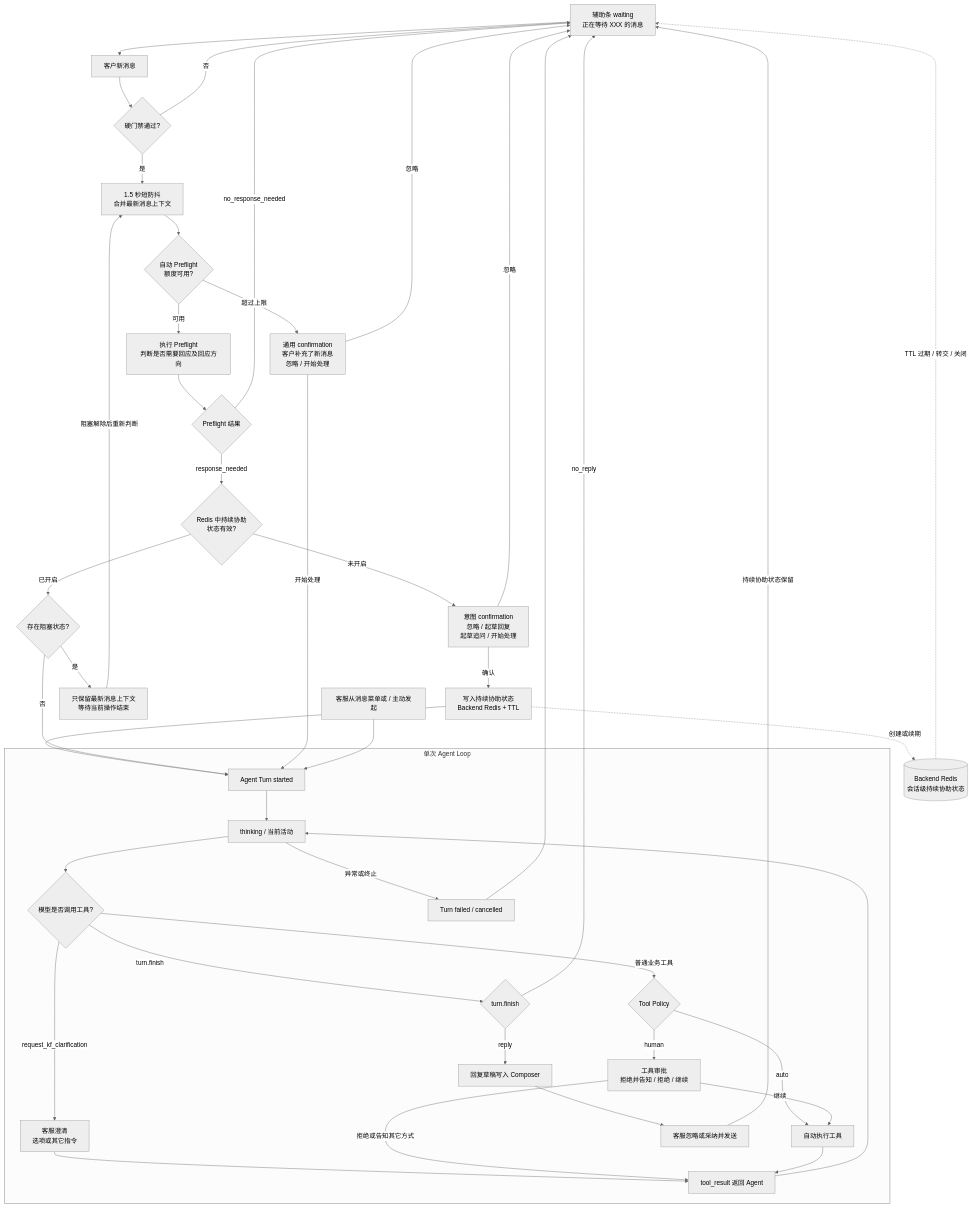
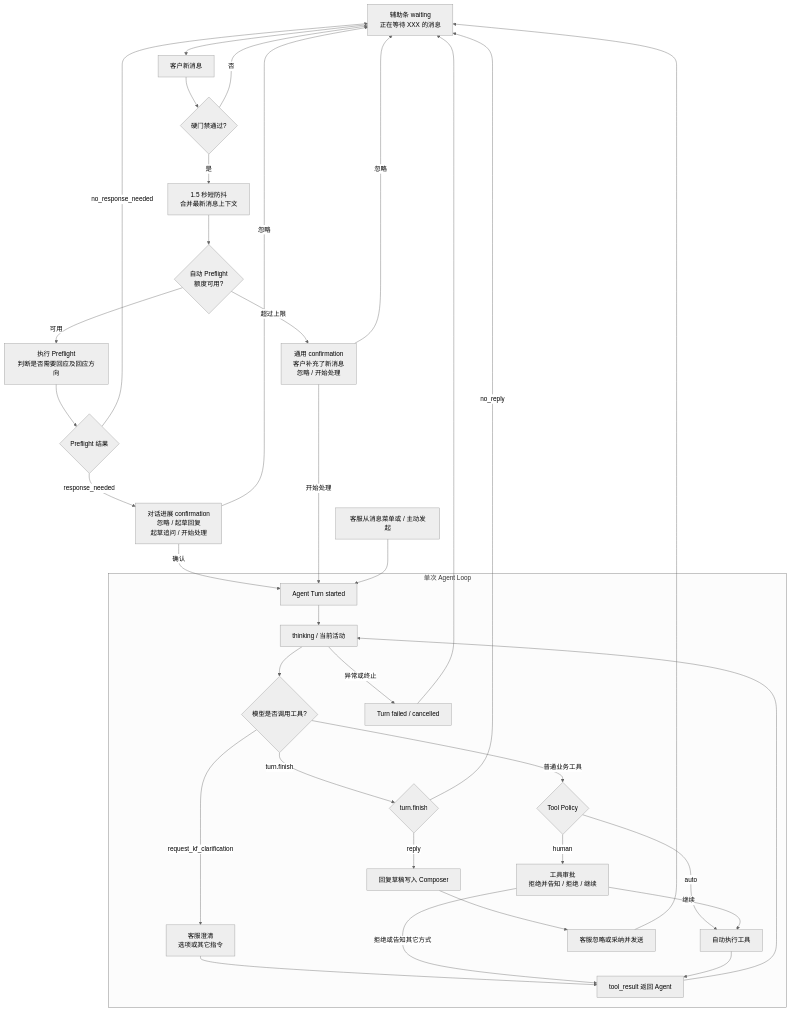
The diagram in docs/product/2026-09-17-customer-response-preflight.md (dtminds/ChatAI), drawn with Mermaid (neutral theme) before and after one commit. The commit also changed other lines of this file and 17 other files, not shown here.

Commit message:
refactor(chat): require confirmation for each preflight turn

````diff
--- a/docs/product/2026-09-17-customer-response-preflight.md
+++ b/docs/product/2026-09-17-customer-response-preflight.md
@@ -46,78 +46,64 @@
 ```mermaid
 flowchart TD
   WAIT[辅助条 waiting<br/>正在等待 XXX 的消息]
   MSG[客户新消息]
   GATE{硬门禁通过?}
   MERGE[1.5 秒短防抖<br/>合并最新消息上下文]
   LIMIT{自动 Preflight<br/>额度可用?}
   GENERIC[通用 confirmation<br/>客户补充了新消息<br/>忽略 / 开始处理]
   PREFLIGHT[执行 Preflight<br/>判断是否需要回应及回应方向]
   OUTCOME{Preflight 结果}
-  ASSIST{Redis 中持续协助<br/>状态有效?}
-  CONFIRM[意图 confirmation<br/>忽略 / 起草回复<br/>起草追问 / 开始处理]
-  ACTIVATE[写入持续协助状态<br/>Backend Redis + TTL]
-  BLOCKED{存在阻塞状态?}
-  PENDING[只保留最新消息上下文<br/>等待当前操作结束]
+  CONFIRM[对话进展 confirmation<br/>忽略 / 起草回复<br/>起草追问 / 开始处理]
   MANUAL[客服从消息菜单或 / 主动发起]
 
   WAIT --> MSG
   MSG --> GATE
   GATE -- 否 --> WAIT
   GATE -- 是 --> MERGE
   MERGE --> LIMIT
   LIMIT -- 超过上限 --> GENERIC
   LIMIT -- 可用 --> PREFLIGHT
   PREFLIGHT --> OUTCOME
   OUTCOME -- no_response_needed --> WAIT
-  OUTCOME -- response_needed --> ASSIST
-  ASSIST -- 未开启 --> CONFIRM
+  OUTCOME -- response_needed --> CONFIRM
   CONFIRM -- 忽略 --> WAIT
-  CONFIRM -- 确认 --> ACTIVATE
-  ACTIVATE --> TURN_START
-  ASSIST -- 已开启 --> BLOCKED
-  BLOCKED -- 是 --> PENDING
-  PENDING -->|阻塞解除后重新判断| MERGE
-  BLOCKED -- 否 --> TURN_START
+  CONFIRM -- 确认 --> TURN_START
   GENERIC -- 忽略 --> WAIT
   GENERIC -- 开始处理 --> TURN_START
   MANUAL --> TURN_START
 
   subgraph LOOP[单次 Agent Loop]
     TURN_START[Agent Turn started]
     THINKING[thinking / 当前活动]
     TOOL{模型是否调用工具?}
     POLICY{Tool Policy}
     EXECUTE[自动执行工具]
     APPROVAL[工具审批<br/>拒绝并告知 / 拒绝 / 继续]
     CLARIFY[客服澄清<br/>选项或其它指令]
     RESULT[tool_result 返回 Agent]
     FINISH{turn.finish}
     DRAFT[回复草稿写入 Composer]
     DECIDE[客服忽略或采纳并发送]
     TERMINAL[Turn failed / cancelled]
 
     TURN_START --> THINKING
     THINKING --> TOOL
     TOOL -- 普通业务工具 --> POLICY
     TOOL -- request_kf_clarification --> CLARIFY
     CLARIFY --> RESULT
     POLICY -- auto --> EXECUTE
     POLICY -- human --> APPROVAL
     APPROVAL -- 继续 --> EXECUTE
     APPROVAL -- 拒绝或告知其它方式 --> RESULT
     EXECUTE --> RESULT
     RESULT --> THINKING
     TOOL -- turn.finish --> FINISH
     FINISH -- reply --> DRAFT
     DRAFT --> DECIDE
     THINKING -- 异常或终止 --> TERMINAL
   end
 
-  DECIDE -->|持续协助状态保留| WAIT
+  DECIDE --> WAIT
   FINISH -->|no_reply| WAIT
   TERMINAL --> WAIT
-
-  ASSIST_STATE[(Backend Redis<br/>会话级持续协助状态)]
-  ACTIVATE -. 创建或续期 .-> ASSIST_STATE
-  ASSIST_STATE -. TTL 过期 / 转交 / 关闭 .-> WAIT
 ```
````
